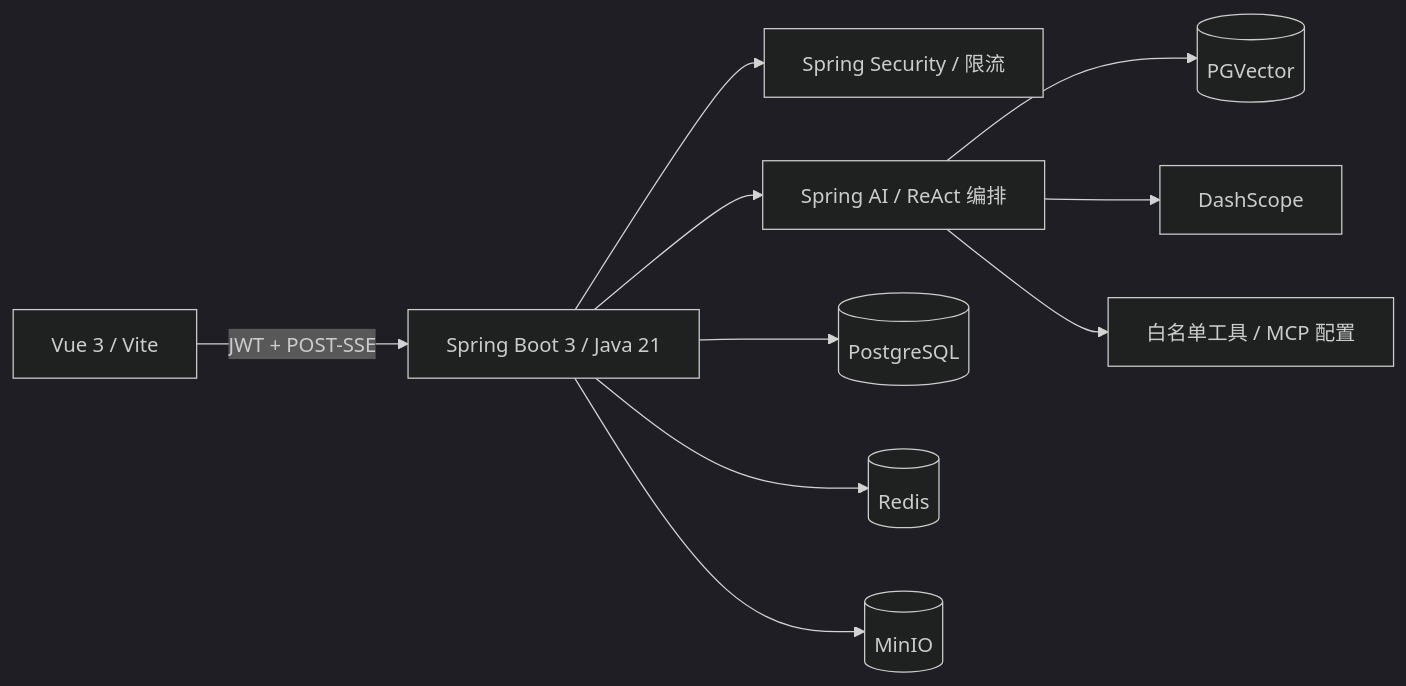
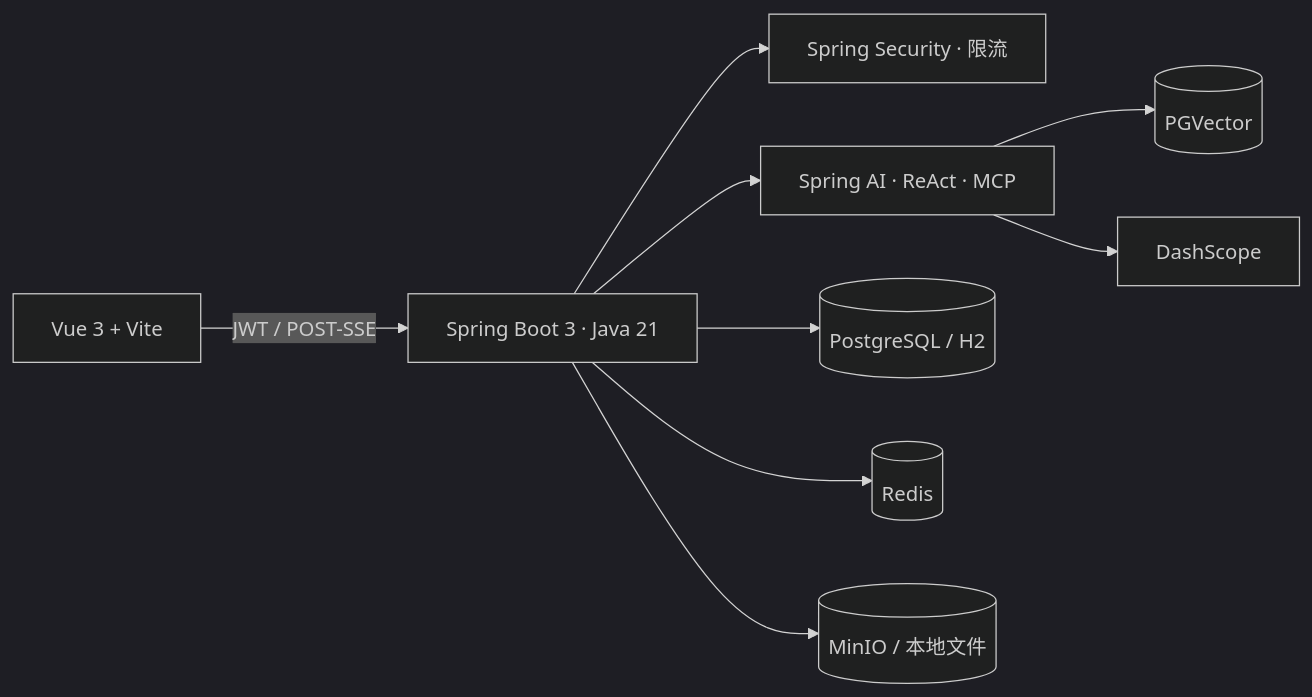
One commit to black-white-build/study changed the diagram in README.md. Above: the diagram before and after it, drawn with Mermaid (dark theme). The commit also changed other lines of this file and 18 other files, not shown here.

````diff
--- a/README.md
+++ b/README.md
@@ -27,12 +28,11 @@
 ```mermaid
 flowchart LR
-  UI[Vue 3 / Vite] -->|JWT + POST-SSE| API[Spring Boot 3 / Java 21]
-  API --> SEC[Spring Security / 限流]
-  API --> AI[Spring AI / ReAct 编排]
-  API --> PG[(PostgreSQL)]
-  AI --> VEC[(PGVector)]
-  API --> REDIS[(Redis)]
-  API --> MINIO[(MinIO)]
-  AI --> MODEL[DashScope]
-  AI --> TOOLS[白名单工具 / MCP 配置]
+  UI["Vue 3 + Vite"] -->|"JWT / POST-SSE"| API["Spring Boot 3 · Java 21"]
+  API --> SECURITY["Spring Security · 限流"]
+  API --> AGENT["Spring AI · ReAct · MCP"]
+  API --> DB[("PostgreSQL / H2")]
+  AGENT --> VECTOR[("PGVector")]
+  API --> CACHE[("Redis")]
+  API --> STORAGE[("MinIO / 本地文件")]
+  AGENT --> MODEL["DashScope"]
 ```
````
